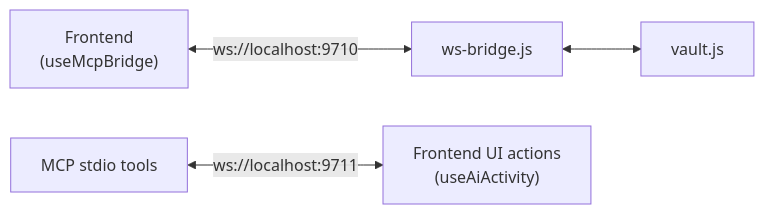
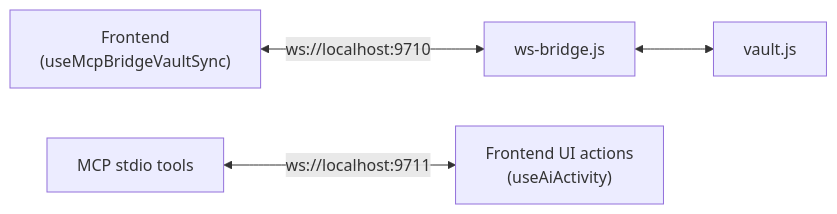
Before and after one commit to tuckcode/rhizome-agent: the fifth of 10 diagrams in docs/ARCHITECTURE.md, drawn with Mermaid. The commit also changed other lines of this file and 52 other files, not shown here.

````diff
--- a/docs/ARCHITECTURE.md
+++ b/docs/ARCHITECTURE.md
@@ -640,6 +640,6 @@
 ```mermaid
 flowchart LR
-    FE["Frontend\n(useMcpBridge)"] <-->|"ws://localhost:9710"| WSB["ws-bridge.js"]
+    FE["Frontend\n(useMcpBridgeVaultSync)"] <-->|"ws://localhost:9710"| WSB["ws-bridge.js"]
     WSB <--> VAULT["vault.js"]
     STDIO["MCP stdio tools"] <-->|"ws://localhost:9711"| FE2["Frontend UI actions\n(useAiActivity)"]
 ```
````
